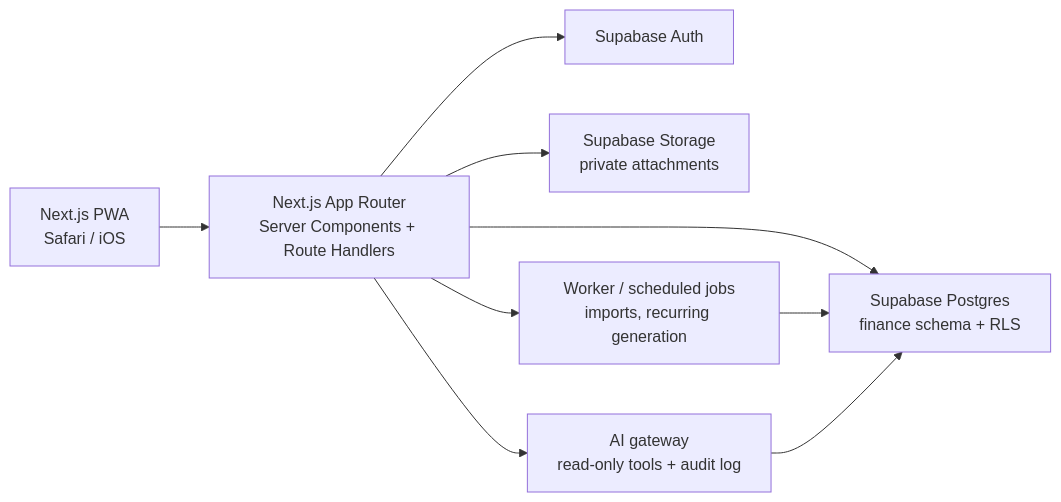
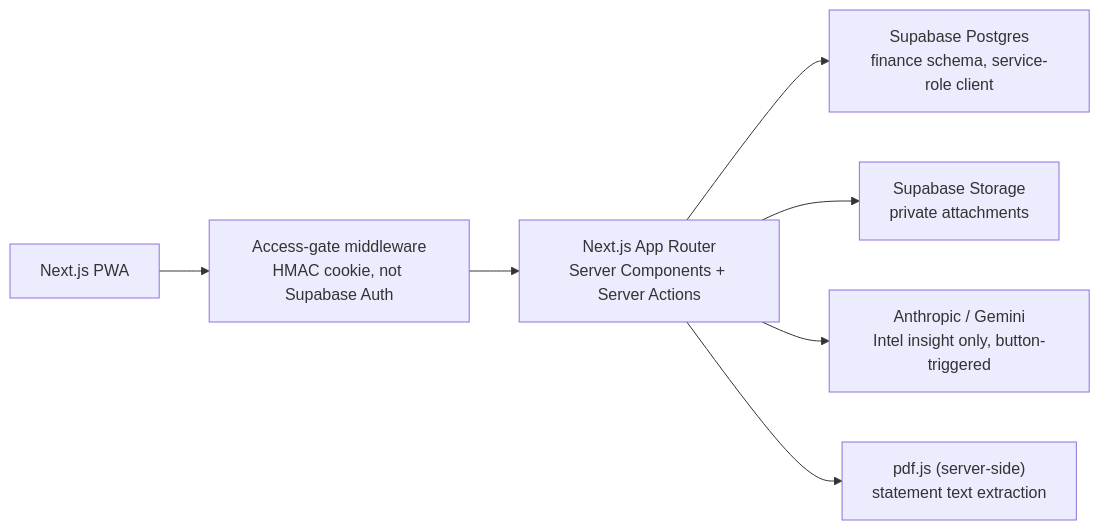
One commit to krohit81-pixel/expenses-dashboard changed the diagram in docs/02-system-architecture.md. Above: the diagram before and after it, drawn with Mermaid. The commit also changed other lines of this file and 14 other files, not shown here.

````diff
--- a/docs/02-system-architecture.md
+++ b/docs/02-system-architecture.md
@@ -7,11 +17,9 @@
 ```mermaid
 flowchart LR
-  Browser["Next.js PWA\nSafari / iOS"] --> App["Next.js App Router\nServer Components + Route Handlers"]
-  App --> Auth["Supabase Auth"]
-  App --> DB["Supabase Postgres\nfinance schema + RLS"]
+  Browser["Next.js PWA"] --> Gate["Access-gate middleware\nHMAC cookie, not Supabase Auth"]
+  Gate --> App["Next.js App Router\nServer Components + Server Actions"]
+  App --> DB["Supabase Postgres\nfinance schema, service-role client"]
   App --> Storage["Supabase Storage\nprivate attachments"]
-  App --> Jobs["Worker / scheduled jobs\nimports, recurring generation"]
-  App --> AI["AI gateway\nread-only tools + audit log"]
-  Jobs --> DB
-  AI --> DB
+  App --> AI["Anthropic / Gemini\nIntel insight only, button-triggered"]
+  App --> PDF["pdf.js (server-side)\nstatement text extraction"]
 ```
````
